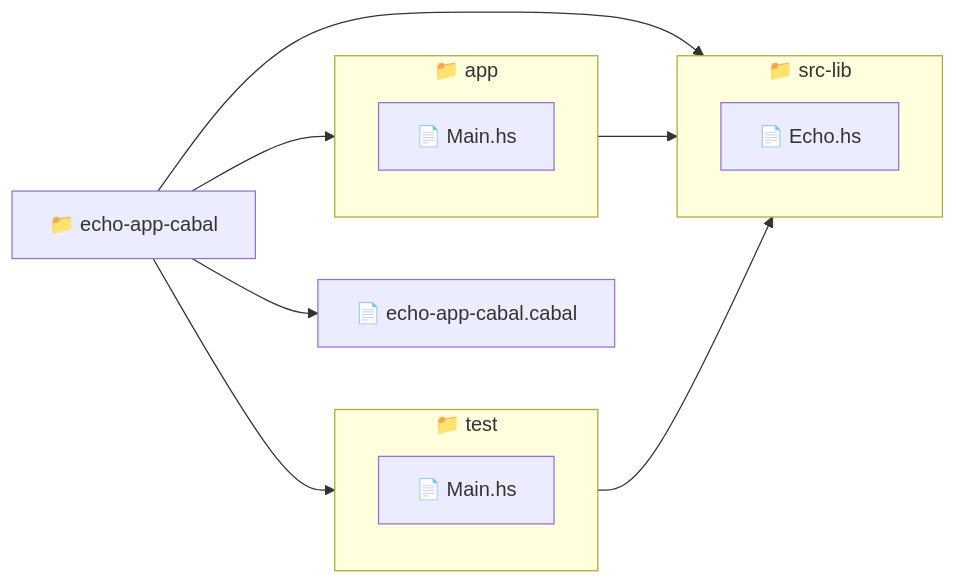
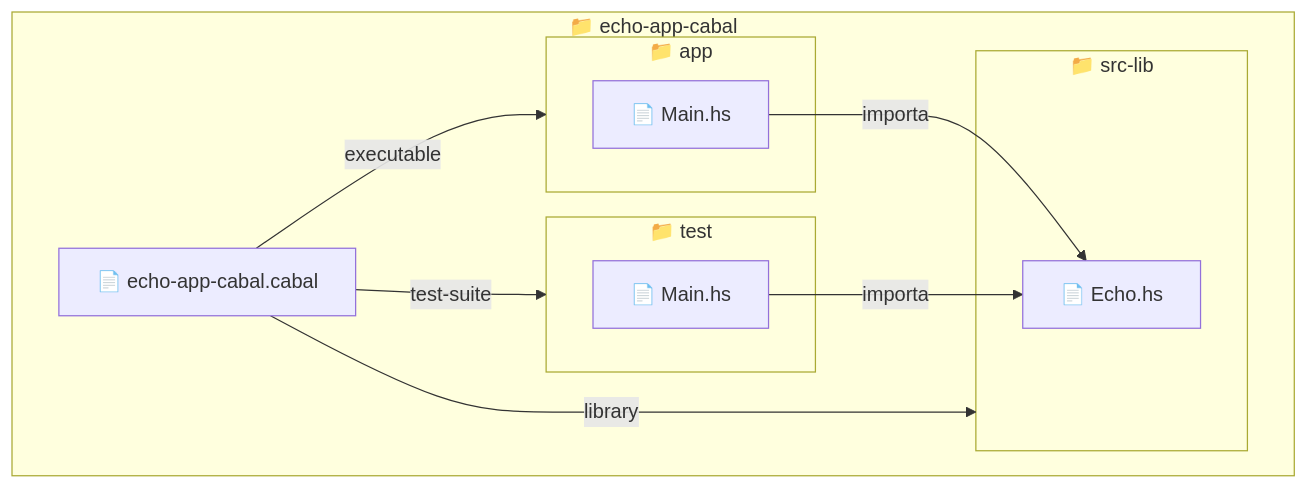
Before and after one commit to r8vnhill/dibs-docusaurus: the diagram in docs/build-systems/modular-design/cabal.mdx, drawn with Mermaid. The commit also changed other lines of this file and 3 other files, not shown here.

````diff
--- a/docs/build-systems/modular-design/cabal.mdx
+++ b/docs/build-systems/modular-design/cabal.mdx
@@ -31,24 +38,26 @@
 ```mermaid
-graph LR
-  A[📁 echo-app-cabal]
+graph TD
+    subgraph Root[📁 echo-app-cabal]
+        direction LR
 
-  subgraph B[📁 app]
-    B1[📄 Main.hs]
-  end
+        CabalFile[📄 echo-app-cabal.cabal]
 
-  subgraph C[📁 src-lib]
-    C1[📄 Echo.hs]
-  end
+        subgraph App[📁 app]
+            MainApp[📄 Main.hs]
+        end
 
-  subgraph D[📁 test]
-    D1[📄 Main.hs]
-  end
+        subgraph Lib[📁 src-lib]
+            EchoLib[📄 Echo.hs]
+        end
 
-  A --> B
-  A --> C
-  A --> D
-  A --> E[📄 echo-app-cabal.cabal]
+        subgraph Test[📁 test]
+            MainTest[📄 Main.hs]
+        end
 
-  B --> C
-  D --> C
+        MainApp -->|importa| EchoLib
+        MainTest -->|importa| EchoLib
+        CabalFile -->|library| Lib
+        CabalFile -->|executable| App
+        CabalFile -->|test-suite| Test
+    end
 ```
````
